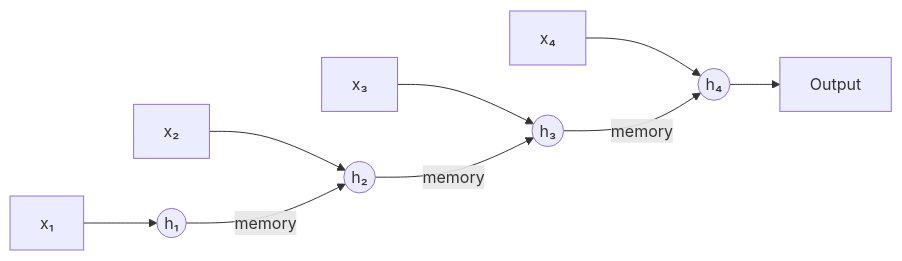
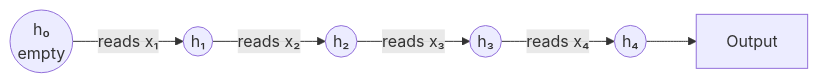
Before and after one commit to htborges/IA-Lab: the second of 2 diagrams in 00-fundamentals/10-cnn-rnn.md, drawn with Mermaid.

Commit message:
Simplify RNN diagram in lesson 10

````diff
--- a/00-fundamentals/10-cnn-rnn.md
+++ b/00-fundamentals/10-cnn-rnn.md
@@ -101,9 +101,4 @@
 ```mermaid
 flowchart LR
-    X1[x₁] --> H1((h₁))
-    X2[x₂] --> H2((h₂))
-    X3[x₃] --> H3((h₃))
-    X4[x₄] --> H4((h₄))
-    H1 -- memory --> H2 -- memory --> H3 -- memory --> H4
-    H4 --> Y[Output]
+    H0((h₀<br/>empty)) -- reads x₁ --> H1((h₁)) -- reads x₂ --> H2((h₂)) -- reads x₃ --> H3((h₃)) -- reads x₄ --> H4((h₄)) --> Y[Output]
 ```
````
